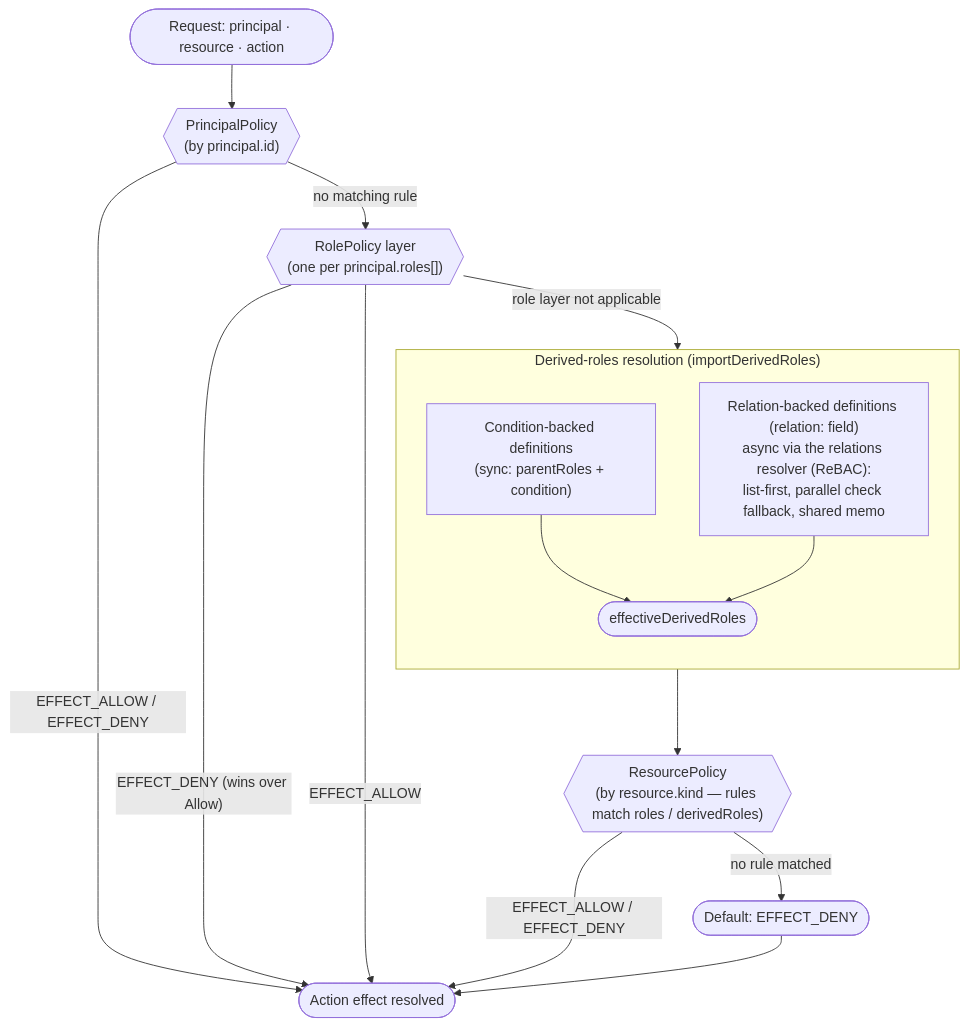
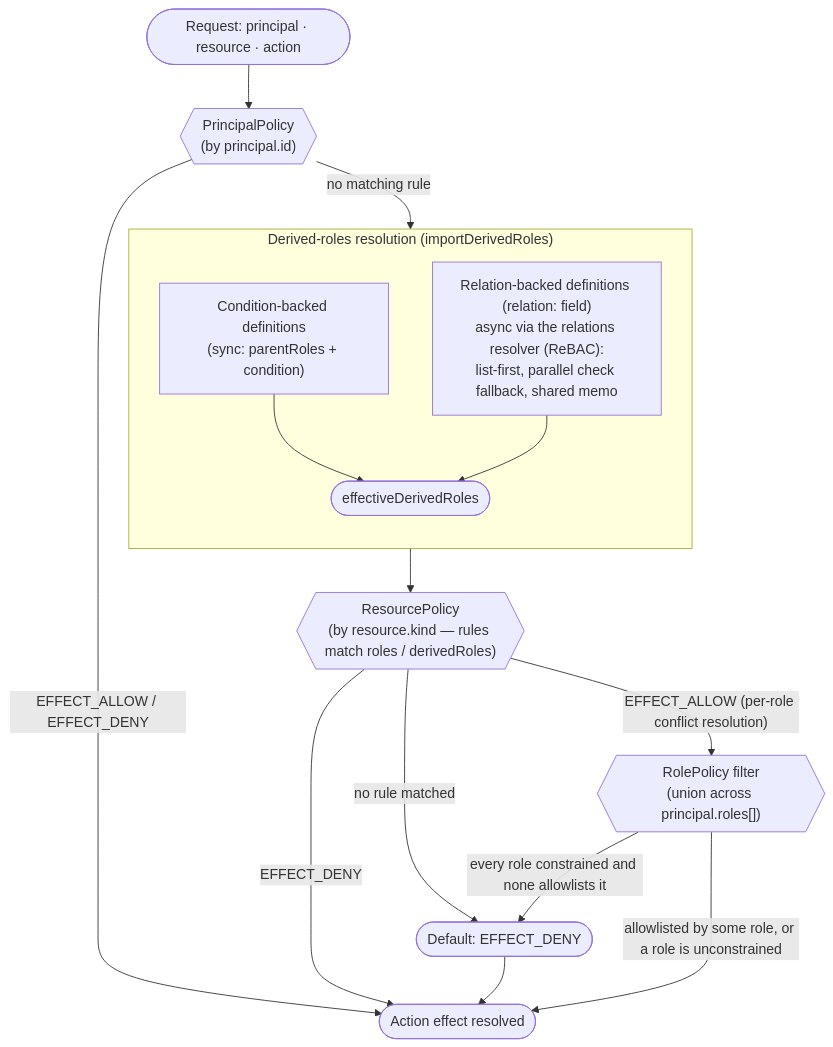
The first of 2 diagrams in README.md (Alexis-Technologies/kerberos), drawn with Mermaid before and after one commit. The commit also changed other lines of this file and 162 other files, not shown here.

````diff
--- a/README.md
+++ b/README.md
@@ -299,22 +346,22 @@
 ```mermaid
 flowchart TD
     A([Request: principal · resource · action]) --> P{{"PrincipalPolicy<br/>(by principal.id)"}}
     P -->|"EFFECT_ALLOW / EFFECT_DENY"| DONE([Action effect resolved])
-    P -->|no matching rule| R{{"RolePolicy layer<br/>(one per principal.roles[])"}}
-
-    R -->|"EFFECT_DENY (wins over Allow)"| DONE
-    R -->|"EFFECT_ALLOW"| DONE
-    R -->|role layer not applicable| DR
+    P -->|no matching rule| DR
 
     subgraph DR ["Derived-roles resolution (importDerivedRoles)"]
         direction TB
         SYNC["Condition-backed definitions<br/>(sync: parentRoles + condition)"] --> EDR([effectiveDerivedRoles])
         REL["Relation-backed definitions (relation: field)<br/>async via the relations resolver (ReBAC):<br/>list-first, parallel check fallback, shared memo"] --> EDR
     end
 
     EDR --> RES{{"ResourcePolicy<br/>(by resource.kind — rules match roles / derivedRoles)"}}
 
-    RES -->|"EFFECT_ALLOW / EFFECT_DENY"| DONE
+    RES -->|"EFFECT_ALLOW (per-role conflict resolution)"| RP{{"RolePolicy filter<br/>(union across principal.roles[])"}}
+    RES -->|"EFFECT_DENY"| DONE
     RES -->|no rule matched| DEF([Default: EFFECT_DENY])
     DEF --> DONE
+
+    RP -->|"allowlisted by some role, or a role is unconstrained"| DONE
+    RP -->|"every role constrained and none allowlists it"| DEF
 ```
````
